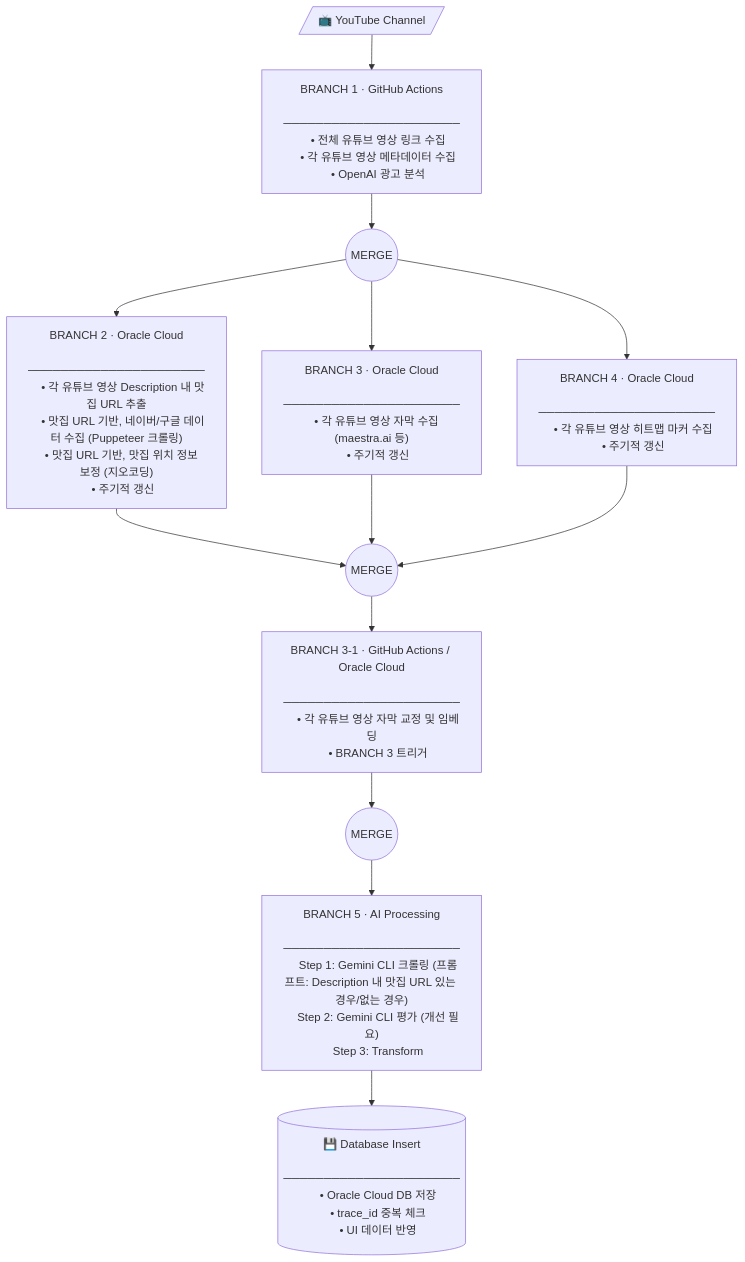
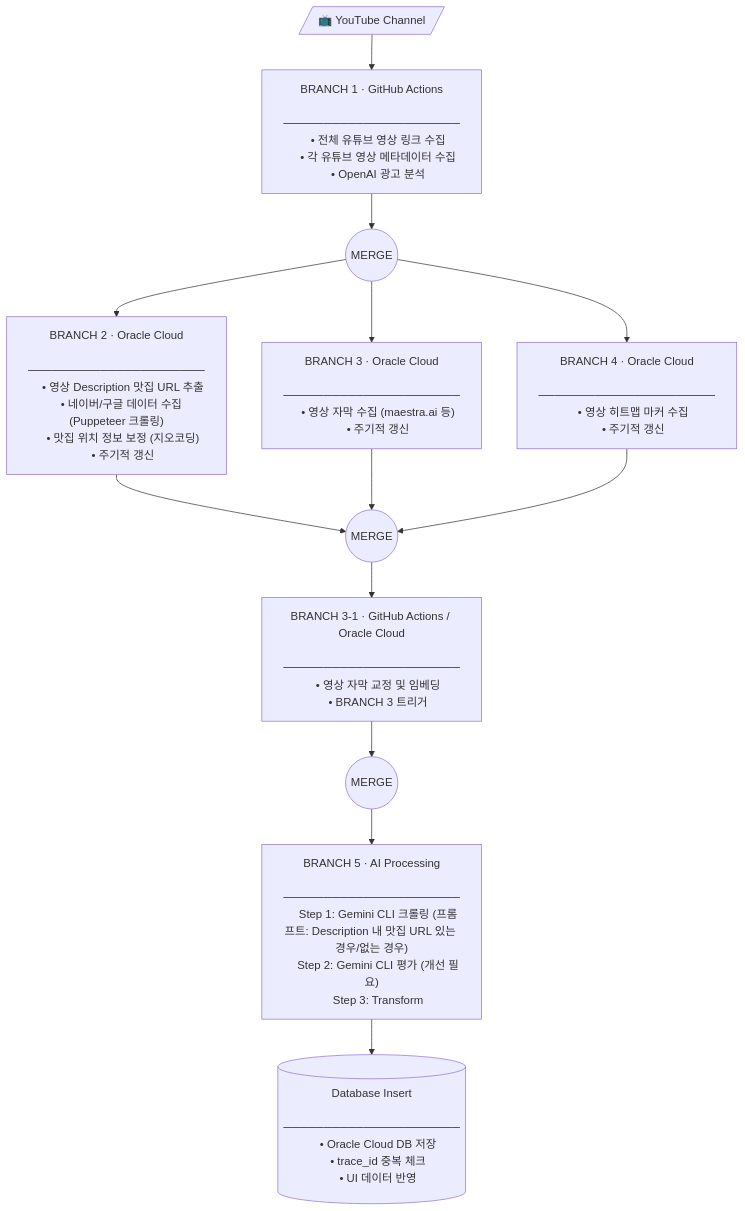
One commit to twoimo/tzudong changed the diagram in backend/tzudong_pipeline_v2.0/README.md. Above: the diagram before and after it, drawn with Mermaid.

Commit message:
UPDATE: Simplify branch descriptions in README.md by removing redundant phrases for improved clarity and consistency in the pipeline flow diagram.

````diff
--- a/backend/tzudong_pipeline_v2.0/README.md
+++ b/backend/tzudong_pipeline_v2.0/README.md
@@ -108,59 +108,59 @@
 ```mermaid
 flowchart TD
     YT[/"📺 YouTube Channel"/]
 
     B1["BRANCH 1 · GitHub Actions
     ──────────────────────
     • 전체 유튜브 영상 링크 수집
     • 각 유튜브 영상 메타데이터 수집
     • OpenAI 광고 분석"]
 
     M1(("MERGE"))
 
     B2["BRANCH 2 · Oracle Cloud
     ──────────────────────
-    • 각 유튜브 영상 Description 내 맛집 URL 추출
-    • 맛집 URL 기반, 네이버/구글 데이터 수집 (Puppeteer 크롤링)
-    • 맛집 URL 기반, 맛집 위치 정보 보정 (지오코딩)
+    • 영상 Description 맛집 URL 추출
+    • 네이버/구글 데이터 수집 (Puppeteer 크롤링)
+    • 맛집 위치 정보 보정 (지오코딩)
     • 주기적 갱신"]
 
     B3["BRANCH 3 · Oracle Cloud
     ──────────────────────
-    • 각 유튜브 영상 자막 수집 (maestra.ai 등)
+    • 영상 자막 수집 (maestra.ai 등)
     • 주기적 갱신"]
 
     B4["BRANCH 4 · Oracle Cloud
     ──────────────────────
-    • 각 유튜브 영상 히트맵 마커 수집
+    • 영상 히트맵 마커 수집
     • 주기적 갱신"]
 
     M2(("MERGE"))
 
     B3_1["BRANCH 3-1 · GitHub Actions / Oracle Cloud
     ──────────────────────
-    • 각 유튜브 영상 자막 교정 및 임베딩
+    • 영상 자막 교정 및 임베딩
     • BRANCH 3 트리거"]
 
     M3(("MERGE"))
 
     B5["BRANCH 5 · AI Processing
     ──────────────────────
     Step 1: Gemini CLI 크롤링 (프롬프트: Description 내 맛집 URL 있는 경우/없는 경우)
     Step 2: Gemini CLI 평가 (개선 필요)
     Step 3: Transform"]
 
-    DB[("💾 Database Insert
+    DB[("Database Insert
     ──────────────────────
     • Oracle Cloud DB 저장
     • trace_id 중복 체크
     • UI 데이터 반영")]
 
     YT --> B1 --> M1
     M1 --> B2
     M1 --> B3
     M1 --> B4
     B2 --> M2
     B3 --> M2
     B4 --> M2
     M2 --> B3_1 --> M3 --> B5 --> DB
 ```
````
